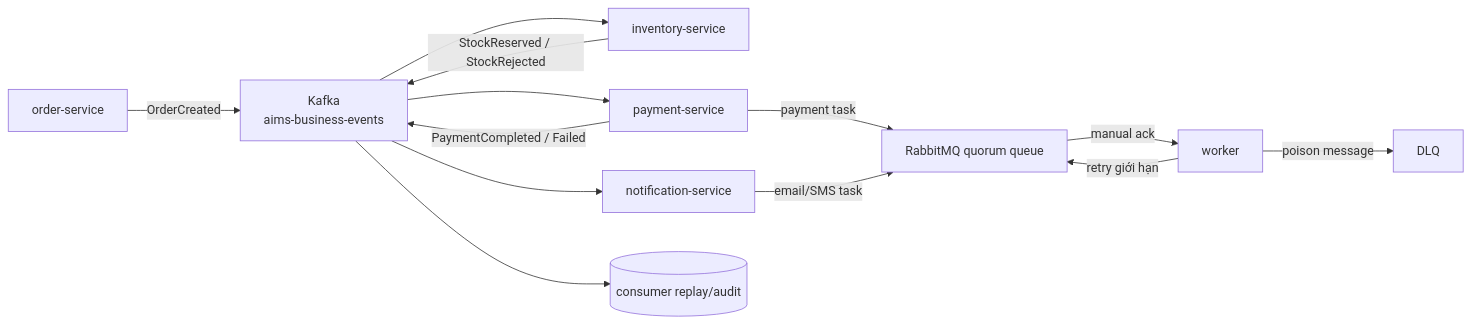
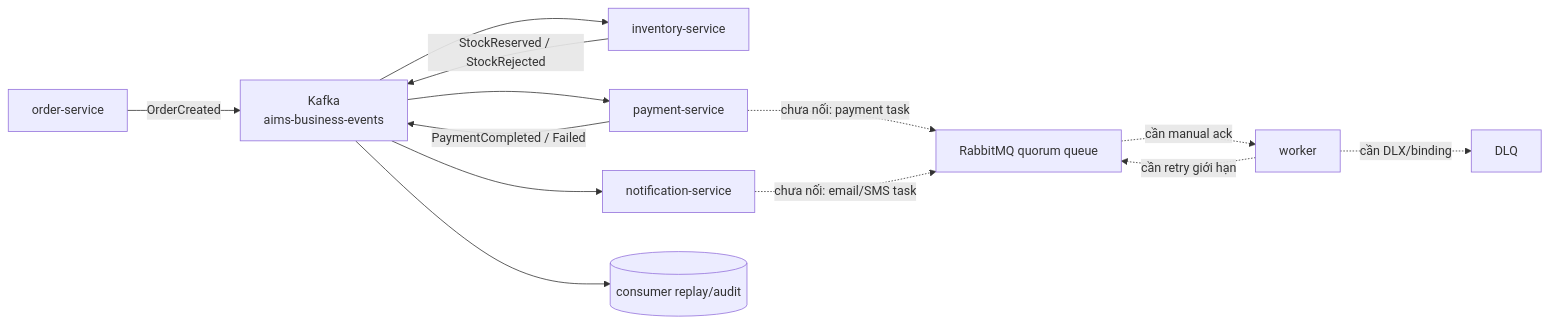
Before and after one commit to tndat-dev/An-Internet-Media-Store: the fourth of 8 diagrams in AIMS_OPERATION_FLOW_REPORT.md, drawn with Mermaid. The commit also changed other lines of this file and 9 other files, not shown here.

````diff
--- a/AIMS_OPERATION_FLOW_REPORT.md
+++ b/AIMS_OPERATION_FLOW_REPORT.md
@@ -276,17 +279,17 @@
 ```mermaid
 flowchart LR
     O[order-service] -->|OrderCreated| KB[Kafka<br/>aims-business-events]
     KB --> I[inventory-service]
     I -->|StockReserved / StockRejected| KB
     KB --> P[payment-service]
     P -->|PaymentCompleted / Failed| KB
     KB --> N[notification-service]
 
-    P -->|payment task| R[RabbitMQ quorum queue]
-    N -->|email/SMS task| R
-    R -->|manual ack| W[worker]
-    W -->|retry giới hạn| R
-    W -->|poison message| D[DLQ]
+    P -.->|chưa nối: payment task| R[RabbitMQ quorum queue]
+    N -.->|chưa nối: email/SMS task| R
+    R -.->|cần manual ack| W[worker]
+    W -.->|cần retry giới hạn| R
+    W -.->|cần DLX/binding| D[DLQ]
 
     KB --> S[(consumer replay/audit)]
 ```
````
